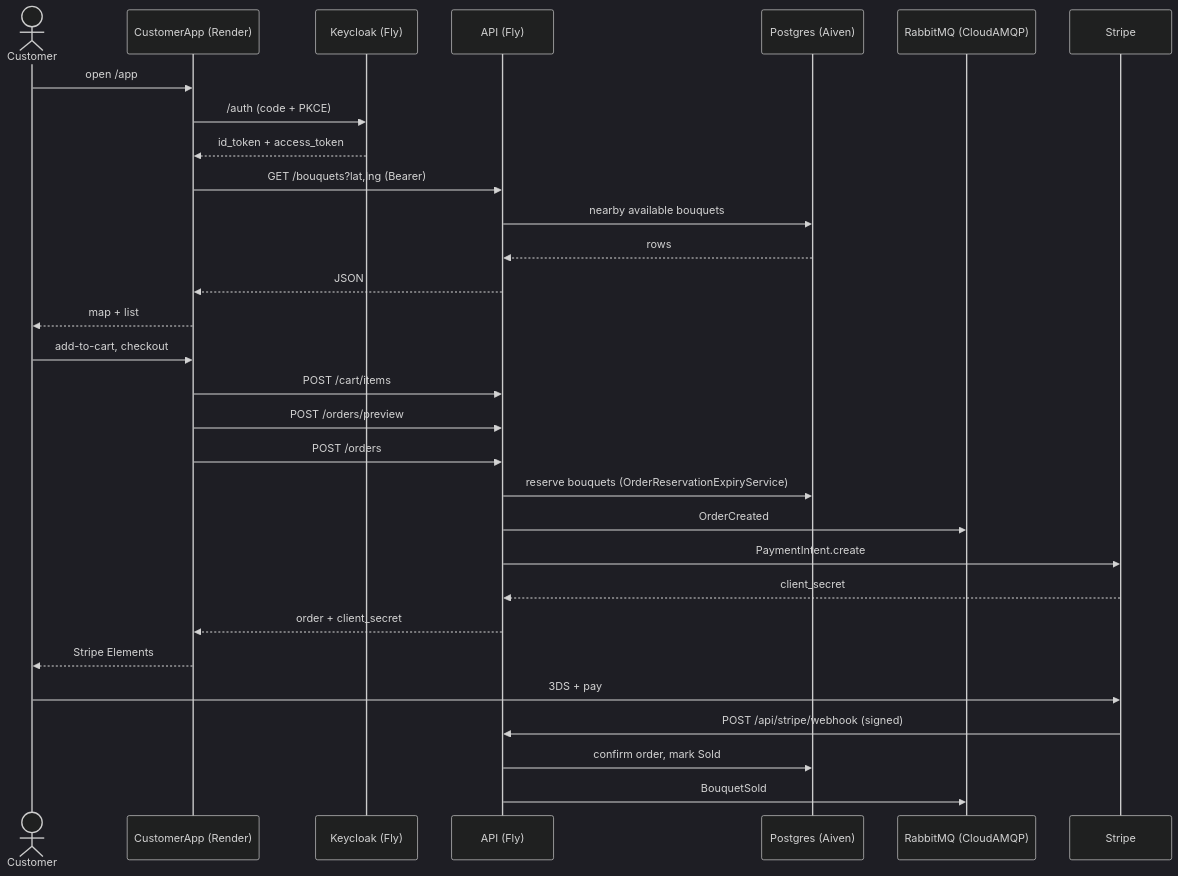
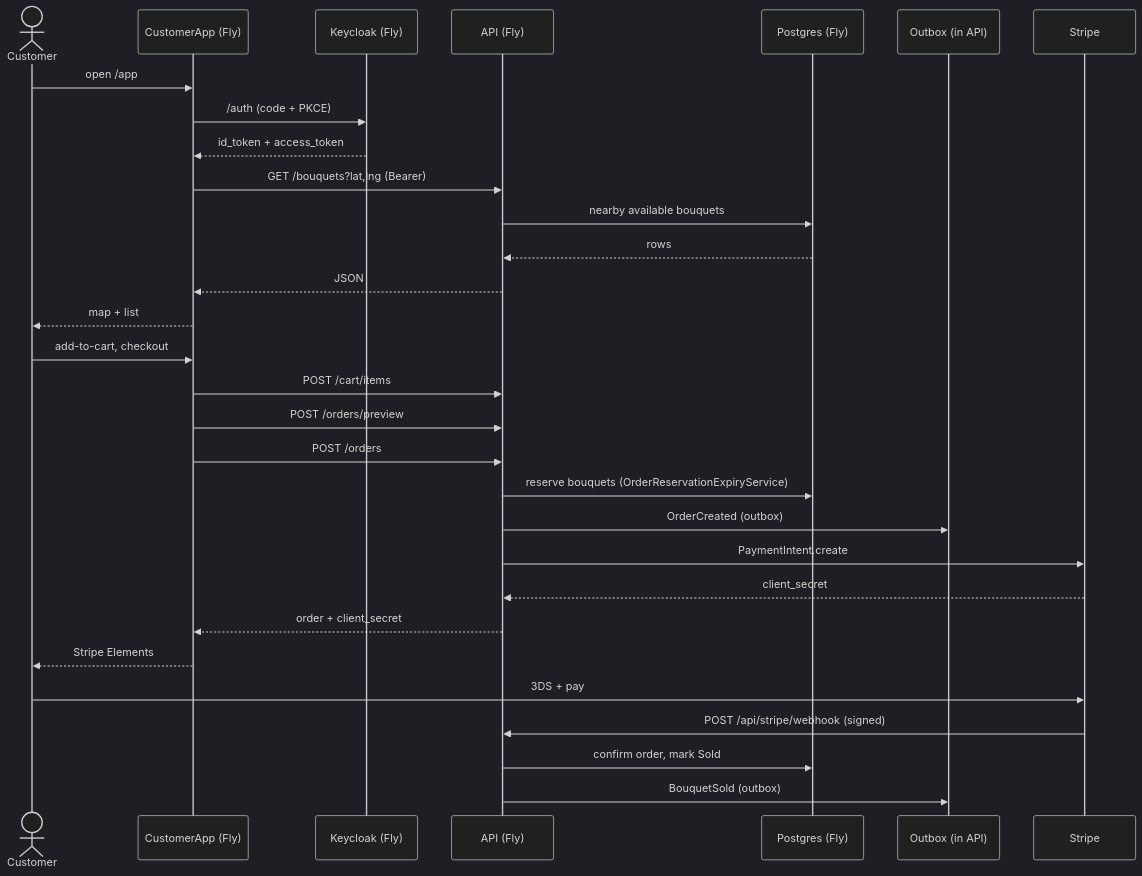
The diagram in deployment/02-customer-purchase-flow.mmd (FlowerShop-IoT-Platform/flowershop-iot-platform-docs), drawn with Mermaid (dark theme) before and after one commit. The commit also changed 55 other files, not shown here.

Commit message:
deploy: FlowerShop-IoT-Platform/flower-shop-backend-core@f55f2df174e56467d56e5e6c6174cce9e9ae8b9b

```diff
--- a/deployment/02-customer-purchase-flow.mmd
+++ b/deployment/02-customer-purchase-flow.mmd
@@ -1,33 +1,33 @@
 sequenceDiagram
     actor U as Customer
-    participant CA as CustomerApp (Render)
+    participant CA as CustomerApp (Fly)
     participant KC as Keycloak (Fly)
     participant API as API (Fly)
-    participant PG as Postgres (Aiven)
-    participant RMQ as RabbitMQ (CloudAMQP)
+    participant PG as Postgres (Fly)
+    participant OB as Outbox (in API)
     participant S as Stripe
 
     U->>CA: open /app
     CA->>KC: /auth (code + PKCE)
     KC-->>CA: id_token + access_token
     CA->>API: GET /bouquets?lat,lng  (Bearer)
     API->>PG: nearby available bouquets
     PG-->>API: rows
     API-->>CA: JSON
     CA-->>U: map + list
 
     U->>CA: add-to-cart, checkout
     CA->>API: POST /cart/items
     CA->>API: POST /orders/preview
     CA->>API: POST /orders
     API->>PG: reserve bouquets (OrderReservationExpiryService)
-    API->>RMQ: OrderCreated
+    API->>OB: OrderCreated (outbox)
     API->>S: PaymentIntent.create
     S-->>API: client_secret
     API-->>CA: order + client_secret
     CA-->>U: Stripe Elements
 
     U->>S: 3DS + pay
     S->>API: POST /api/stripe/webhook (signed)
     API->>PG: confirm order, mark Sold
-    API->>RMQ: BouquetSold
+    API->>OB: BouquetSold (outbox)
```
